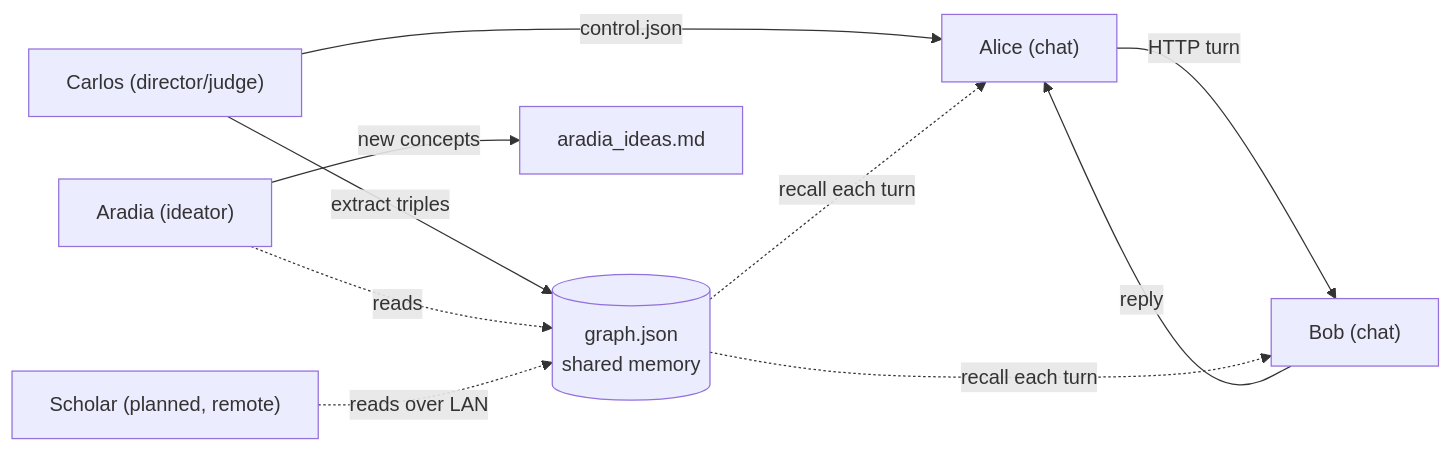
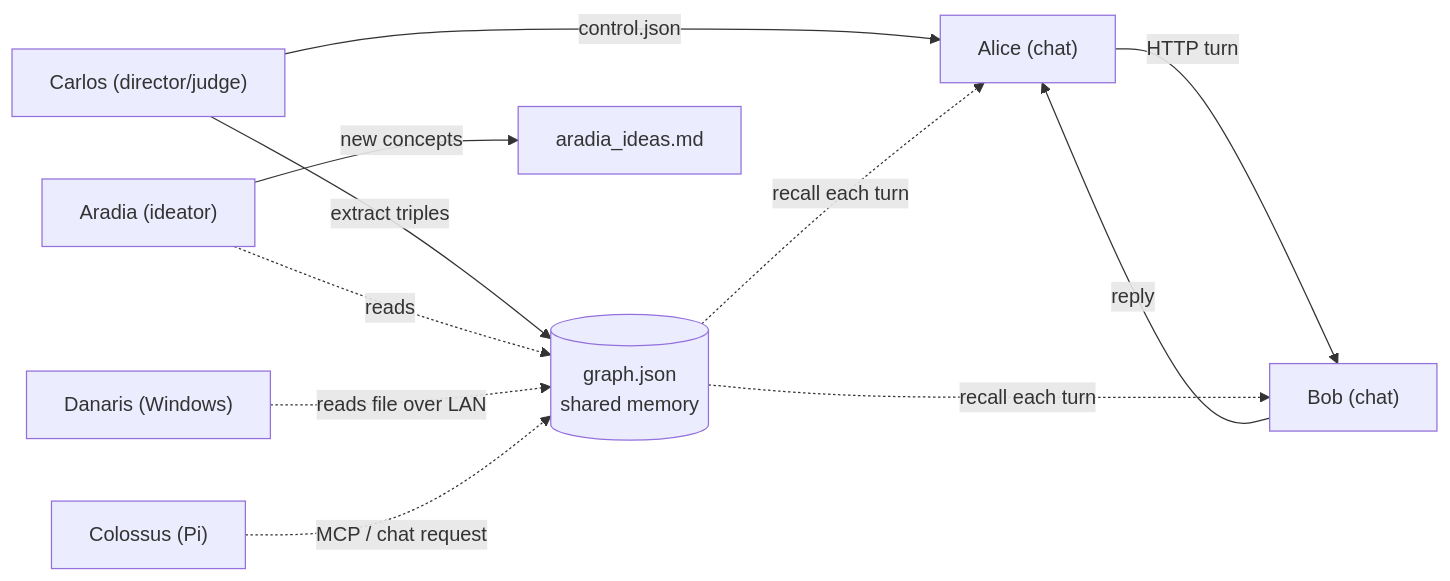
One commit to Masterskunk/AICHAT_LAB changed the diagram in README.md. Above: the diagram before and after it, drawn with Mermaid. The commit also changed other lines of this file and 11 other files, not shown here.

Commit message:
Swarm: Aradia(Mac)+Danaris(Windows)+Colossus(Pi, MCP/chat) + graph server + Batch-3 ideas + git docs

````diff
--- a/README.md
+++ b/README.md
@@ -29,12 +30,13 @@
 ```mermaid
 graph LR
   A["Alice (chat)"] -->|HTTP turn| B["Bob (chat)"]
   B -->|reply| A
   C["Carlos (director/judge)"] -->|extract triples| G[("graph.json<br/>shared memory")]
   C -->|control.json| A
   G -.->|recall each turn| A
   G -.->|recall each turn| B
   AR["Aradia (ideator)"] -.->|reads| G
   AR -->|new concepts| I["aradia_ideas.md"]
-  S["Scholar (planned, remote)"] -.->|reads over LAN| G
+  D["Danaris (Windows)"] -.->|reads file over LAN| G
+  CO["Colossus (Pi)"] -.->|MCP / chat request| G
 ```
````
